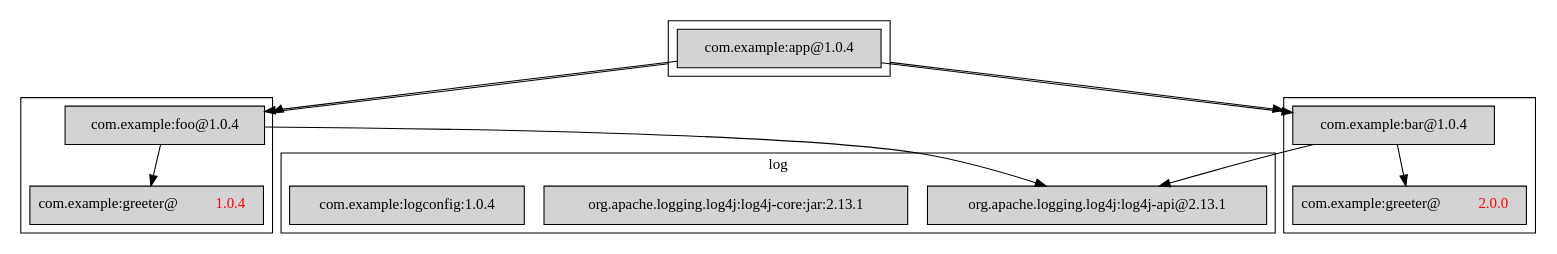
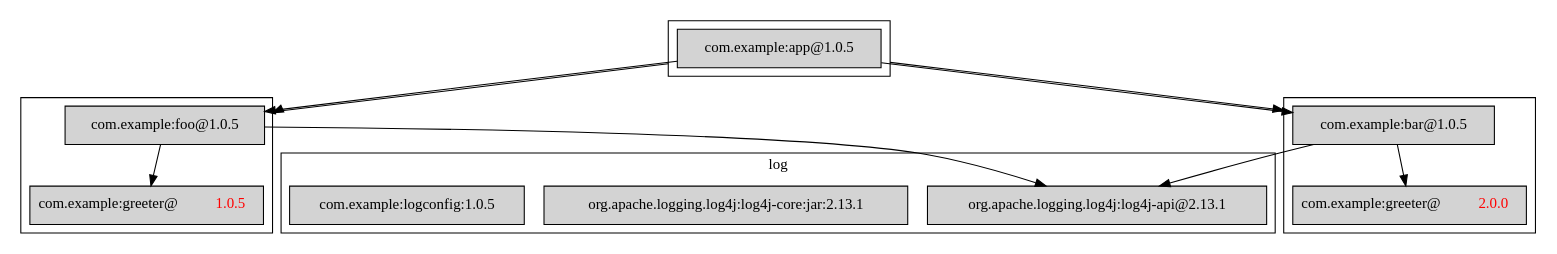
The diagram in images/example.dot (aalmiray/playground), drawn with Graphviz before and after one commit. The commit also changed 8 other files, not shown here.

```diff
--- a/images/example.dot
+++ b/images/example.dot
@@ -1,45 +1,45 @@
 
 
 
 digraph "package dependencies"
 {
     node [shape=box]
     compound=true;
     
     subgraph cluster_log {
         node [style=filled];
     	"org.apache.logging.log4j:log4j-api@2.13.1"
     	"org.apache.logging.log4j:log4j-core:jar:2.13.1"
-        "com.example:logconfig:1.0.4"
+        "com.example:logconfig:1.0.5"
     	label = "log";
     }
     
     subgraph cluster_foo {
         node [style=filled];
         
         
-        "com.example:foo@1.0.4";
-        "com.example:greeter@1.0.4" [label=<com.example:greeter@<font color='red'>1.0.4</font>>];
+        "com.example:foo@1.0.5";
+        "com.example:greeter@1.0.5" [label=<com.example:greeter@<font color='red'>1.0.5</font>>];
         
-        "com.example:foo@1.0.4" -> "org.apache.logging.log4j:log4j-api@2.13.1";
-        "com.example:foo@1.0.4" -> "com.example:greeter@1.0.4";
+        "com.example:foo@1.0.5" -> "org.apache.logging.log4j:log4j-api@2.13.1";
+        "com.example:foo@1.0.5" -> "com.example:greeter@1.0.5";
     }
     
     subgraph cluster_bar {
         node [style=filled];
         
         "com.example:greeter@2.0.0" [label=<com.example:greeter@<font color='red'>2.0.0</font>>];
-        "com.example:bar@1.0.4" -> "org.apache.logging.log4j:log4j-api@2.13.1";
-        "com.example:bar@1.0.4" -> "com.example:greeter@2.0.0";
+        "com.example:bar@1.0.5" -> "org.apache.logging.log4j:log4j-api@2.13.1";
+        "com.example:bar@1.0.5" -> "com.example:greeter@2.0.0";
     }
     
     subgraph cluster_app {
         node [style=filled];
         
-        "com.example:app@1.0.4"  -> "com.example:foo@1.0.4";
-        "com.example:app@1.0.4"  -> "com.example:bar@1.0.4";
+        "com.example:app@1.0.5"  -> "com.example:foo@1.0.5";
+        "com.example:app@1.0.5"  -> "com.example:bar@1.0.5";
         
-        "com.example:app@1.0.4"  -> "com.example:foo@1.0.4" [ltail=cluster_app,lhead=cluster_foo];
-        "com.example:app@1.0.4"  -> "com.example:bar@1.0.4" [ltail=cluster_app,lhead=cluster_bar];
+        "com.example:app@1.0.5"  -> "com.example:foo@1.0.5" [ltail=cluster_app,lhead=cluster_foo];
+        "com.example:app@1.0.5"  -> "com.example:bar@1.0.5" [ltail=cluster_app,lhead=cluster_bar];
     }
 }
```
